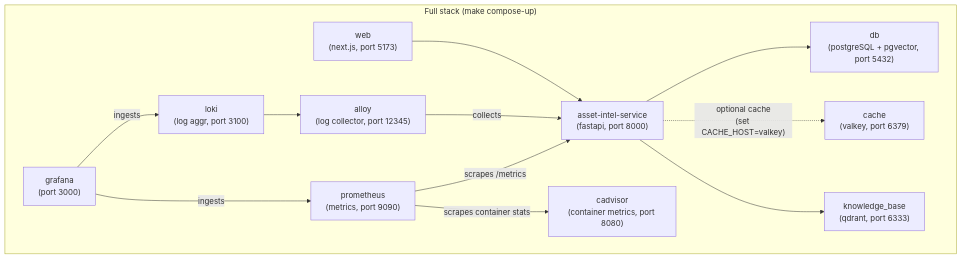
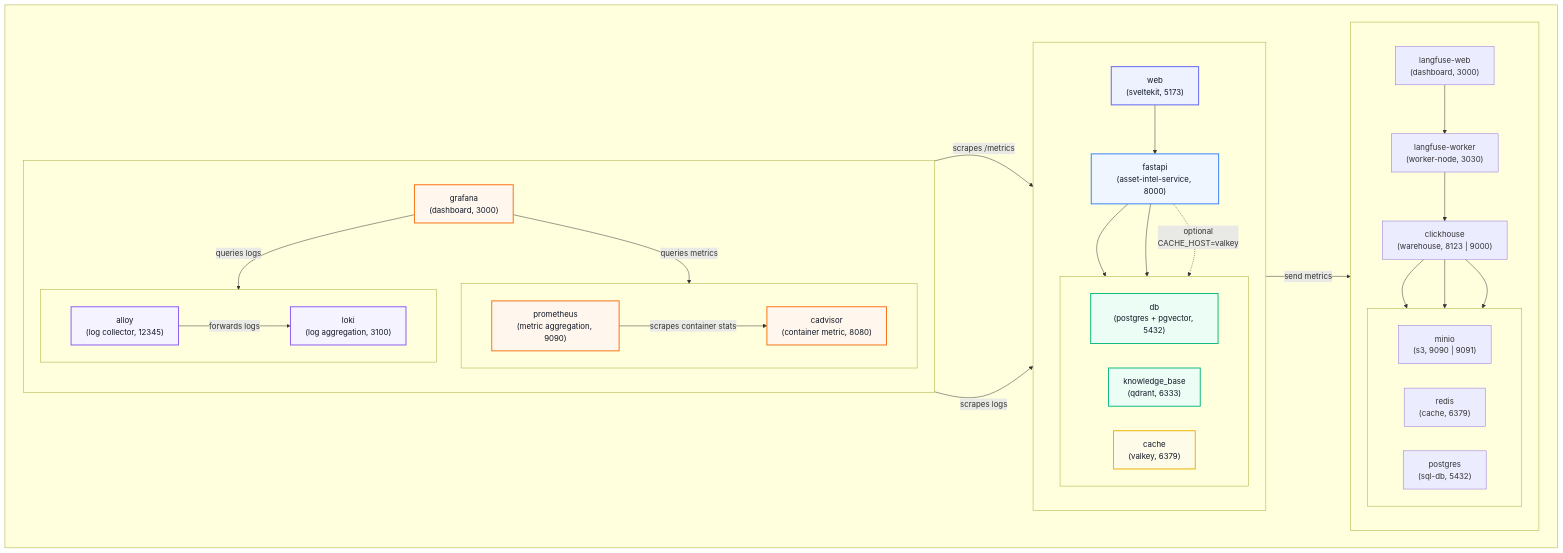
Before and after one commit to xinlonghe2512/avli: the diagram in docs/docker.md, drawn with Mermaid. The commit also changed 4 other files, not shown here.

````diff
--- a/docs/docker.md
+++ b/docs/docker.md
@@ -3,27 +3,113 @@
 ```mermaid
 graph TB
-    subgraph stack["Full stack (make compose-up)"]
-        web["web\n(next.js, port 5173)"]
-        asset-intel-service["asset-intel-service\n(fastapi, port 8000)"]
-        db["db\n(postgreSQL + pgvector, port 5432)"]
-        knowledge_base["knowledge_base\n(qdrant, port 6333)"]
-        cache["cache\n(valkey, port 6379)"]
-        prometheus["prometheus\n(metrics, port 9090)"]
-        grafana["grafana\n(port 3000)"]
-        cadvisor["cadvisor\n(container metrics, port 8080)"]
-        loki["loki\n(log aggr, port 3100)"]
-        alloy["alloy\n(log collector, port 12345)"]
+
+    %% =========================================================
+    %% STACKS
+    %% =========================================================
+    subgraph stacks[" "]
+        direction LR
+
+        %% =========================================================
+        %% APPLICATION STACK
+        %% =========================================================
+        subgraph app[" "]
+            direction TB
+
+            web["web\n(sveltekit, 5173)"]
+            fastapi["fastapi\n(asset-intel-service, 8000)"]
+
+            subgraph app_data[" "]
+                direction LR
+                db["db<br/>(postgres + pgvector, 5432)"]
+                knowledge_base["knowledge_base<br/>(qdrant, 6333)"]
+                cache["cache<br/>(valkey, 6379)"]
+            end
+
+            web --> fastapi
+
+            fastapi --> db
+            fastapi --> knowledge_base
+            fastapi -.->|"optional<br/>CACHE_HOST=valkey"| cache
+        end
+
+        %% =========================================================
+        %% OBSERVABILITY
+        %% =========================================================
+        subgraph obs[" "]
+            direction TB
+
+            grafana["grafana\n(dashboard, 3000)"]
+
+            subgraph metric[" "]
+                direction LR
+                prometheus["prometheus\n(metric aggregation, 9090)"]
+                cadvisor["cadvisor\n(container metric, 8080)"]
+            end
+
+            subgraph logging[" "]
+                direction LR
+                loki["loki<br/>(log aggregation, 3100)"]
+                alloy["alloy<br/>(log collector, 12345)"]
+            end
+
+            grafana -->|"queries metrics"| prometheus
+            prometheus -->|"scrapes container stats"| cadvisor
+            grafana -->|"queries logs"| loki
+            alloy -->|"forwards logs"| loki
+        end
+
+        %% =========================================================
+        %% AI OBSERVABILITY
+        %% =========================================================
+        subgraph obs-ai[" "]
+            direction TB
+
+            langfuse-web["langfuse-web\n(dashboard, 3000)"]
+            langfuse-worker["langfuse-worker\n(worker-node, 3030)"]
+            clickhouse["clickhouse\n(warehouse, 8123 | 9000)"]
+
+            subgraph data[" "]
+                direction LR
+                minio["minio<br/>(s3, 9090 | 9091)"]
+                redis["redis<br/>(cache, 6379)"]
+                postgres["postgres<br/>(sql-db, 5432)"]
+            end
+
+            langfuse-web --> langfuse-worker
+            langfuse-worker -->clickhouse
+            clickhouse --> minio
+            clickhouse --> redis
+            clickhouse --> postgres
+        end
     end
 
-    web --> asset-intel-service
-    asset-intel-service --> db
-    asset-intel-service -.->|"optional cache\n(set CACHE_HOST=valkey)"| cache
-    asset-intel-service --> knowledge_base
-    grafana -->|"ingests"| loki
-    loki --> alloy
-    alloy -->|"collects"| asset-intel-service
-    grafana -->|"ingests"| prometheus
-    prometheus -->|"scrapes /metrics"| asset-intel-service
-    prometheus -->|"scrapes container stats"| cadvisor
+    %% =========================================================
+    %% CROSS-STACK CONNECTIONS
+    %% =========================================================
+
+    prometheus -->|"scrapes /metrics"| fastapi
+    alloy -->|"scrapes logs"| fastapi
+    fastapi -->|"send metrics"| langfuse-worker
+
+    %% =========================================================
+    %% STYLING
+    %% =========================================================
+    class web application
+    class fastapi microservice
+    class db,knowledge_base database
+    class cache cache
+
+    class prometheus,cadvisor metrics
+    class grafana metrics
+    class alloy,loki logs
+
+    classDef application fill:#eef2ff,stroke:#6366f1,stroke-width:2px,color:#111827
+    classDef microservice fill:#eff6ff,stroke:#3b82f6,stroke-width:2px,color:#111827
+    classDef database fill:#ecfdf5,stroke:#10b981,stroke-width:2px,color:#111827
+    classDef cache fill:#fefce8,stroke:#eab308,stroke-width:2px,color:#111827
+
+    classDef metrics fill:#fff7ed,stroke:#f97316,stroke-width:2px,color:#111827
+    classDef logs fill:#f5f3ff,stroke:#8b5cf6,stroke-width:2px,color:#111827
+    classDef collector fill:#ecfeff,stroke:#06b6d4,stroke-width:2px,color:#111827
 
 ```
````
